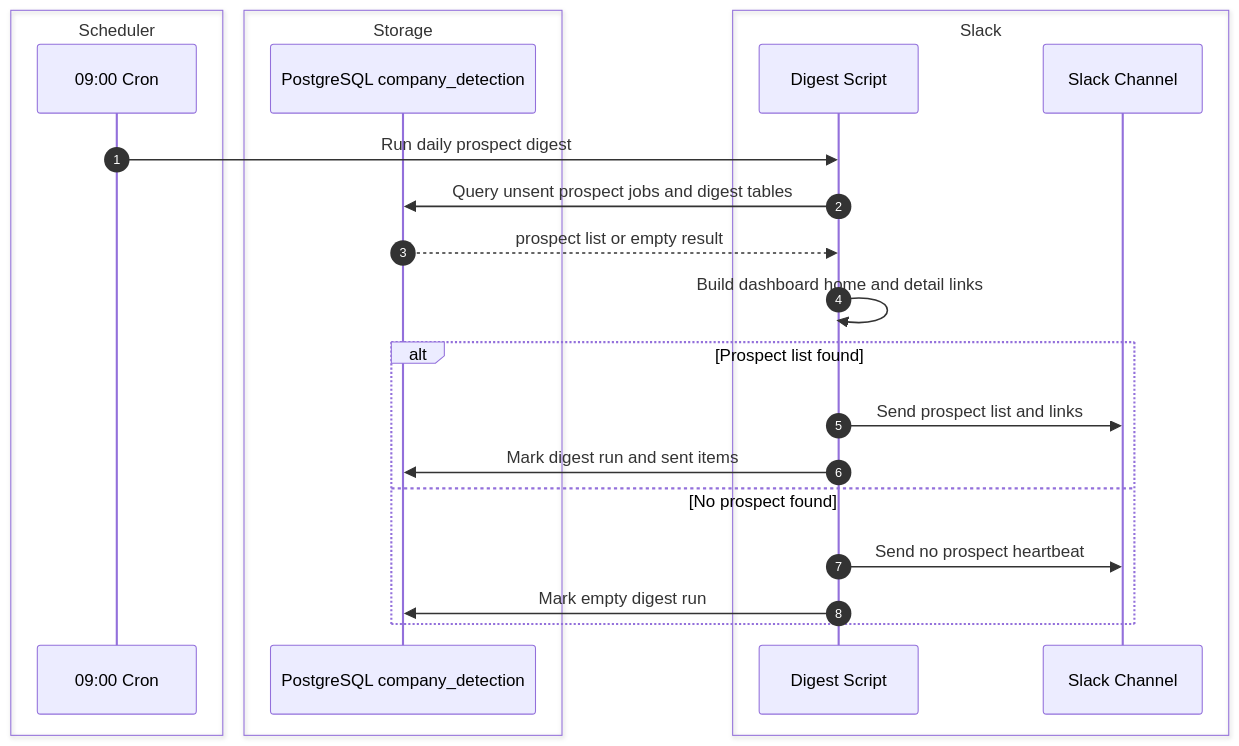
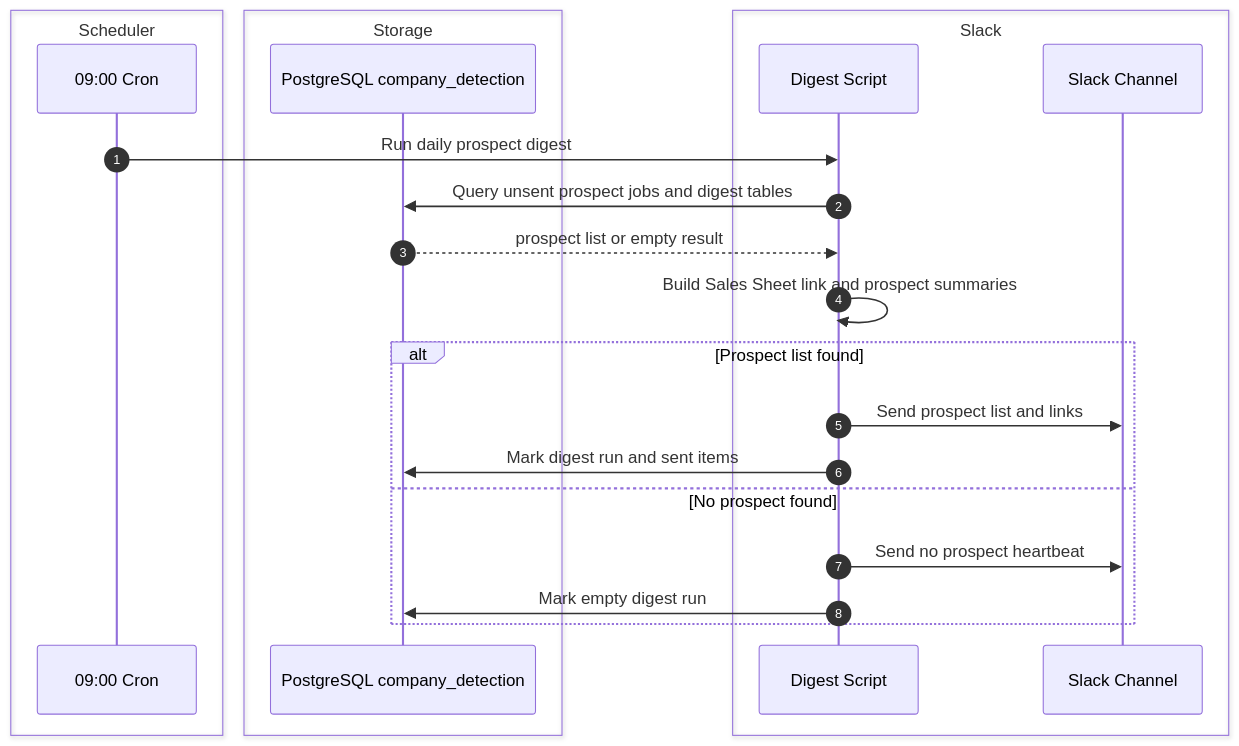
The eighth of 8 diagrams in docs/technical/FLOW_MAP.md (nunutech40/company-detector-bot), drawn with Mermaid before and after one commit. The commit also changed other lines of this file and 11 other files, not shown here.

Commit message:
Route Slack digest to sales sheet

````diff
--- a/docs/technical/FLOW_MAP.md
+++ b/docs/technical/FLOW_MAP.md
@@ -505,29 +505,29 @@
 ```mermaid
 sequenceDiagram
   autonumber
   box Scheduler
     participant Cron as 09:00 Cron
   end
 
   box Storage
     participant DB as PostgreSQL company_detection
   end
 
   box Slack
     participant Digest as Digest Script
     participant Channel as Slack Channel
   end
 
   Cron->>Digest: Run daily prospect digest
   Digest->>DB: Query unsent prospect jobs and digest tables
   DB-->>Digest: prospect list or empty result
-  Digest->>Digest: Build dashboard home and detail links
+  Digest->>Digest: Build Sales Sheet link and prospect summaries
 
   alt Prospect list found
     Digest->>Channel: Send prospect list and links
     Digest->>DB: Mark digest run and sent items
   else No prospect found
     Digest->>Channel: Send no prospect heartbeat
     Digest->>DB: Mark empty digest run
   end
 ```
````
